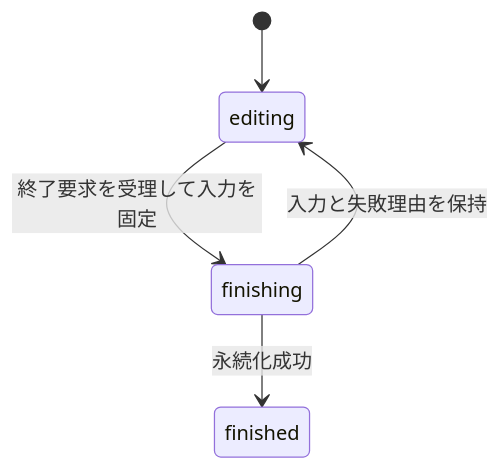
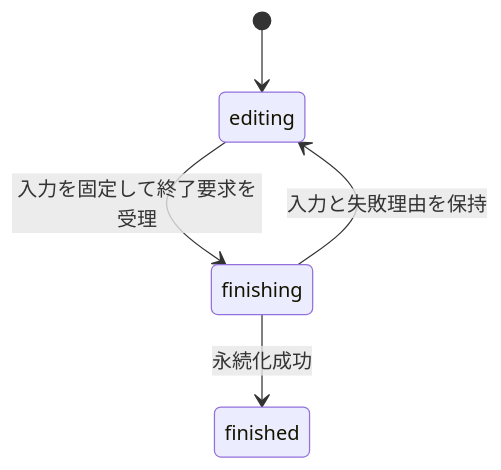
The second of 2 diagrams in docs/decisions/0002-mvp-app.md (9uiLe/nibble), drawn with Mermaid before and after one commit. The commit also changed other lines of this file and 77 other files, not shown here.

````diff
--- a/docs/decisions/0002-mvp-app.md
+++ b/docs/decisions/0002-mvp-app.md
@@ -273,7 +120,7 @@
 ```mermaid
 stateDiagram-v2
     [*] --> editing
-    editing --> finishing: 終了要求を受理して入力を固定
+    editing --> finishing: 入力を固定して終了要求を受理
     finishing --> finished: 永続化成功
     finishing --> editing: 入力と失敗理由を保持
 ```
````
